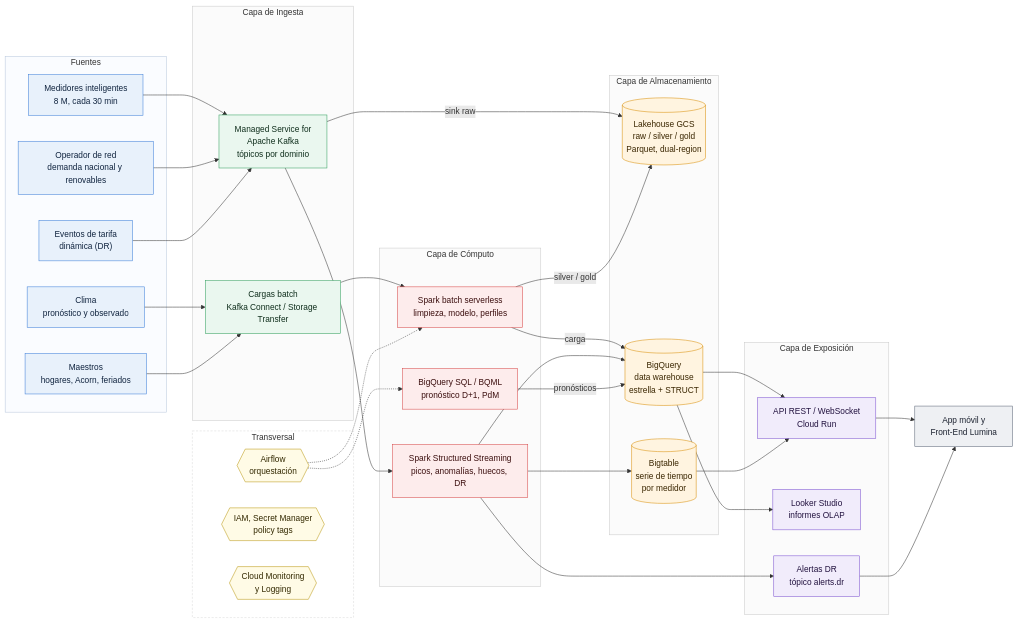
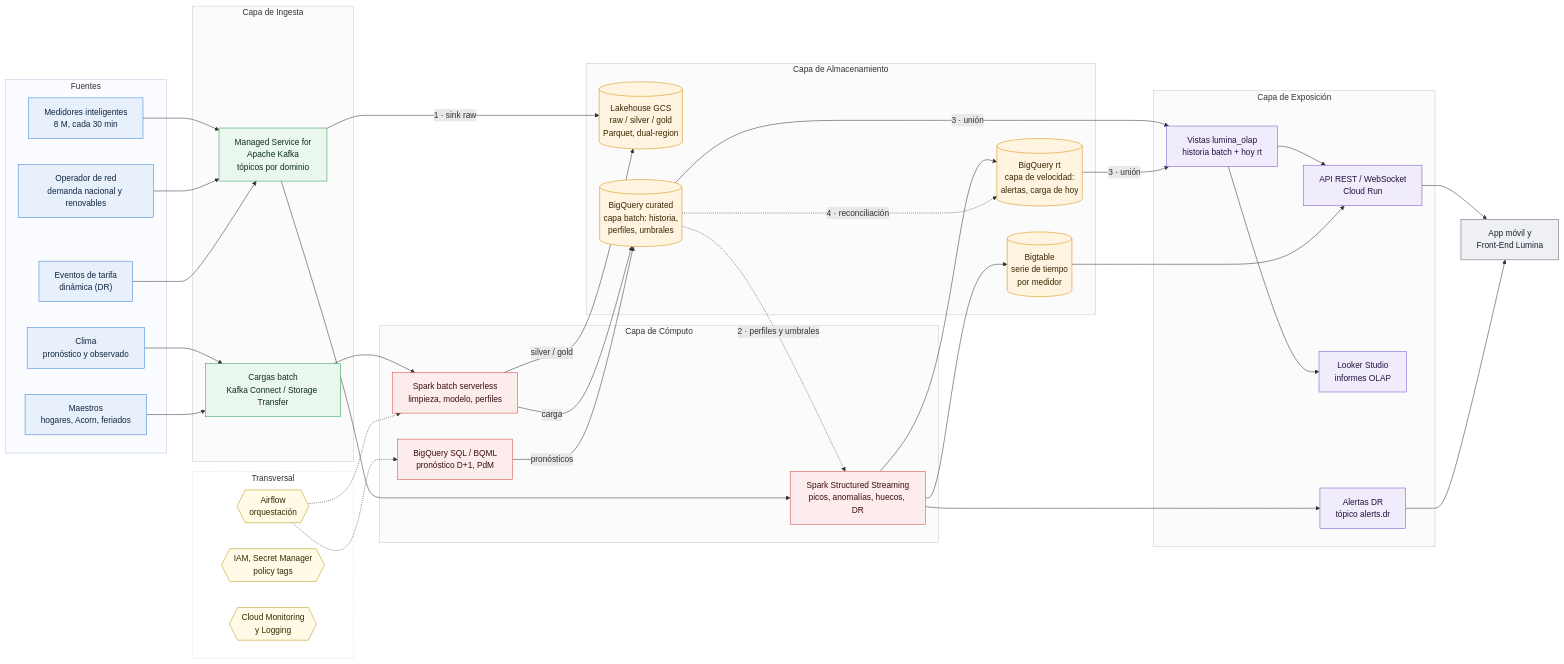
One commit to Diego9828/dataenergia-lumina changed the diagram in docs/entrega1/diagrama_capas.mmd. Above: the diagram before and after it, drawn with Mermaid. The commit also changed 8 other files, not shown here.

First line of the commit message:
Arquitectura Lambda: diagrama de sincronización batch-streaming

```diff
--- a/docs/entrega1/diagrama_capas.mmd
+++ b/docs/entrega1/diagrama_capas.mmd
@@ -1,82 +1,88 @@
 flowchart LR
   subgraph SRC["Fuentes"]
     F1["Medidores inteligentes<br/>8 M, cada 30 min"]
     F2["Operador de red<br/>demanda nacional y renovables"]
     F3["Eventos de tarifa<br/>dinámica (DR)"]
     F4["Clima<br/>pronóstico y observado"]
     F5["Maestros<br/>hogares, Acorn, feriados"]
   end
 
   subgraph ING["Capa de Ingesta"]
     I1["Managed Service for<br/>Apache Kafka<br/>tópicos por dominio"]
     I2["Cargas batch<br/>Kafka Connect / Storage Transfer"]
   end
 
   subgraph COMP["Capa de Cómputo"]
     C1["Spark Structured Streaming<br/>picos, anomalías, huecos, DR"]
     C2["Spark batch serverless<br/>limpieza, modelo, perfiles"]
     C3["BigQuery SQL / BQML<br/>pronóstico D+1, PdM"]
   end
 
   subgraph ALM["Capa de Almacenamiento"]
     A1[("Lakehouse GCS<br/>raw / silver / gold<br/>Parquet, dual-region")]
-    A2[("BigQuery<br/>data warehouse<br/>estrella + STRUCT")]
+    A2[("BigQuery curated<br/>capa batch: historia,<br/>perfiles, umbrales")]
+    A4[("BigQuery rt<br/>capa de velocidad:<br/>alertas, carga de hoy")]
     A3[("Bigtable<br/>serie de tiempo<br/>por medidor")]
   end
 
   subgraph EXP["Capa de Exposición"]
+    E0["Vistas lumina_olap<br/>historia batch + hoy rt"]
     E1["API REST / WebSocket<br/>Cloud Run"]
     E2["Looker Studio<br/>informes OLAP"]
     E3["Alertas DR<br/>tópico alerts.dr"]
   end
 
   subgraph TRV["Transversal"]
     T1{{"Airflow<br/>orquestación"}}
     T2{{"IAM, Secret Manager<br/>policy tags"}}
     T3{{"Cloud Monitoring<br/>y Logging"}}
   end
 
   APP["App móvil y<br/>Front-End Lumina"]
 
   F1 --> I1
   F2 --> I1
   F3 --> I1
   F4 --> I2
   F5 --> I2
   I1 --> C1
-  I1 -->|sink raw| A1
+  I1 -->|1 · sink raw| A1
   I2 --> C2
   C2 -->|silver / gold| A1
   C2 -->|carga| A2
   C1 --> A3
-  C1 --> A2
+  C1 --> A4
   C1 --> E3
   C3 -->|pronósticos| A2
-  A2 --> E2
-  A2 --> E1
+  A2 -.->|2 · perfiles y umbrales| C1
+  A2 -->|3 · unión| E0
+  A4 -->|3 · unión| E0
+  A2 -.->|4 · reconciliación| A4
+  E0 --> E2
+  E0 --> E1
   A3 --> E1
   E1 --> APP
   E3 --> APP
   T1 -.-> C2
   T1 -.-> C3
 
   classDef src fill:#E8F1FB,stroke:#3B7DD8,color:#10243F
   classDef ing fill:#EAF7EF,stroke:#2E9E5B,color:#0F2E1C
   classDef comp fill:#FDECEC,stroke:#D64545,color:#3B0E0E
   classDef alm fill:#FFF4E0,stroke:#D98E04,color:#3A2600
   classDef exp fill:#F1ECFB,stroke:#7A4FD0,color:#22123F
   classDef trv fill:#FFFBE6,stroke:#B8960C,color:#332900
   classDef app fill:#EEF0F3,stroke:#5B6575,color:#1C2230
   class F1,F2,F3,F4,F5 src
   class I1,I2 ing
   class C1,C2,C3 comp
-  class A1,A2,A3 alm
-  class E1,E2,E3 exp
+  class A1,A2,A3,A4 alm
+  class E0,E1,E2,E3 exp
   class T1,T2,T3 trv
   class APP app
   style SRC fill:#FAFCFF,stroke:#B8C7DC
   style ING fill:#FBFBFB,stroke:#C9C9C9
   style COMP fill:#FBFBFB,stroke:#C9C9C9
   style ALM fill:#FBFBFB,stroke:#C9C9C9
   style EXP fill:#FBFBFB,stroke:#C9C9C9
   style TRV fill:#FFFFFF,stroke:#D9D9D9,stroke-dasharray: 4 3
```
